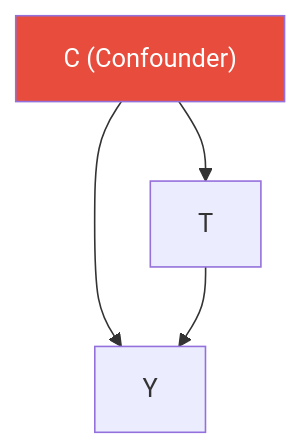
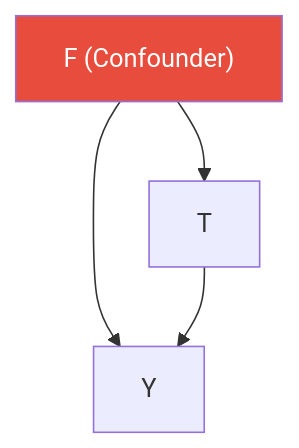
The first of 4 diagrams in _sources/tutorial/2_3_debias.md (tbluemlein/causalinference), drawn with Mermaid before and after one commit. The commit also changed other lines of this file and 214 other files, not shown here.

````diff
--- a/_sources/tutorial/2_3_debias.md
+++ b/_sources/tutorial/2_3_debias.md
@@ -13,7 +28,7 @@
 ```{mermaid}
 graph TD
-    C["C (Confounder)"] --> T
-    C --> Y
+    F["F (Confounder)"] --> T
+    F --> Y
     T --> Y
-    style C fill:#e74c3c,color:#fff
+    style F fill:#e74c3c,color:#fff
 ```
````
